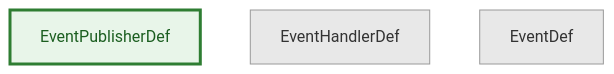
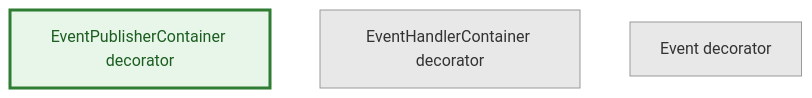
The seventh of 8 diagrams in docs/project/PRD/active/PRD-phase-12-connection-detection.md (NTCoding/living-architecture), drawn with Mermaid before and after one commit. The commit also changed other lines of this file and 7 other files, not shown here.

````diff
--- a/docs/project/PRD/active/PRD-phase-12-connection-detection.md
+++ b/docs/project/PRD/active/PRD-phase-12-connection-detection.md
@@ -775,9 +771,9 @@
 ```mermaid
 graph TD
     classDef existing fill:#e8e8e8,stroke:#999,color:#333
     classDef new fill:#e8f5e9,stroke:#2e7d32,color:#1b5e20,stroke-width:3px
 
-    EventPublisherDef[EventPublisherDef]:::new
-    EventHandlerDef[EventHandlerDef]:::existing
-    EventDef[EventDef]:::existing
+    EventPublisherContainer[EventPublisherContainer decorator]:::new
+    EventHandlerContainer[EventHandlerContainer decorator]:::existing
+    EventDecorator[Event decorator]:::existing
 ```
````
